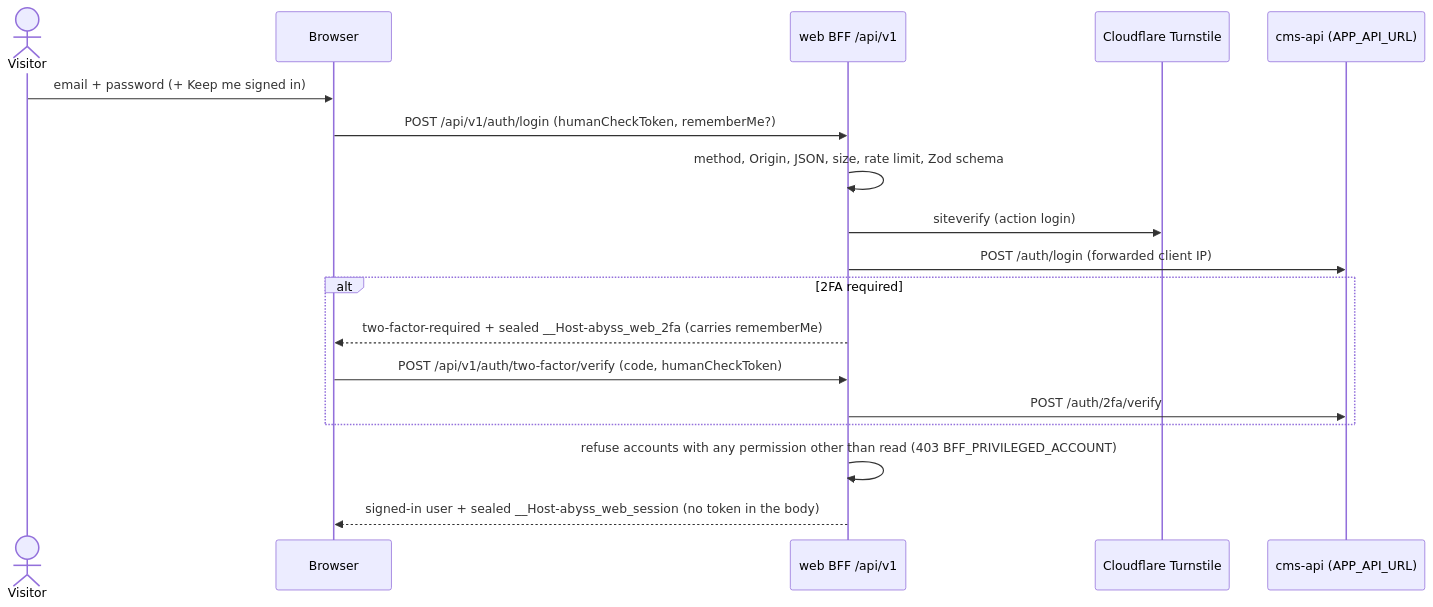
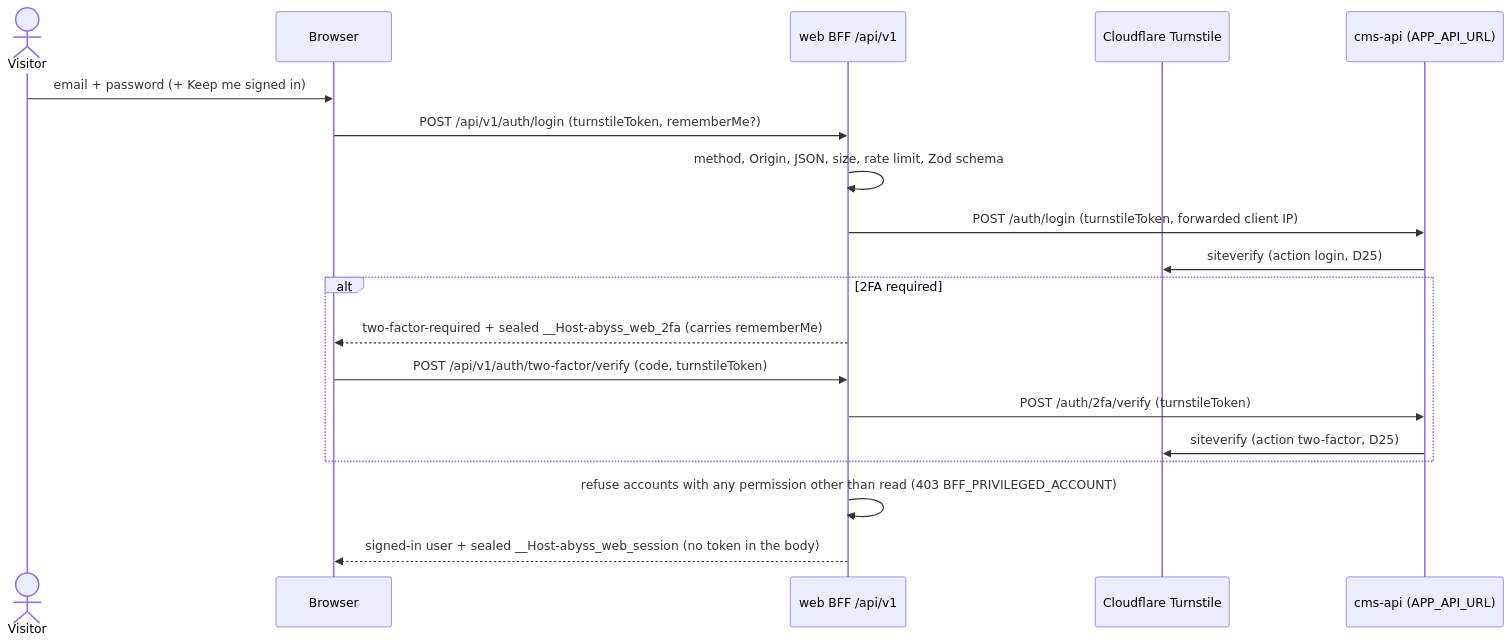
One commit to hungnh1812dev/project-me changed the fourth of 4 diagrams in docs/flows/sign-in/FLOW.md. Above: the diagram before and after it, drawn with Mermaid. The commit also changed other lines of this file and 15 other files, not shown here.

Commit message:
docs: update spec, flow, global and module docs

````diff
--- a/docs/flows/sign-in/FLOW.md
+++ b/docs/flows/sign-in/FLOW.md
@@ -120,20 +120,21 @@
 ```mermaid
 sequenceDiagram
   actor U as Visitor
   participant B as Browser
   participant F as web BFF /api/v1
   participant T as Cloudflare Turnstile
   participant API as cms-api (APP_API_URL)
   U->>B: email + password (+ Keep me signed in)
-  B->>F: POST /api/v1/auth/login (humanCheckToken, rememberMe?)
+  B->>F: POST /api/v1/auth/login (turnstileToken, rememberMe?)
   F->>F: method, Origin, JSON, size, rate limit, Zod schema
-  F->>T: siteverify (action login)
-  F->>API: POST /auth/login (forwarded client IP)
+  F->>API: POST /auth/login (turnstileToken, forwarded client IP)
+  API->>T: siteverify (action login, D25)
   alt 2FA required
     F-->>B: two-factor-required + sealed __Host-abyss_web_2fa (carries rememberMe)
-    B->>F: POST /api/v1/auth/two-factor/verify (code, humanCheckToken)
-    F->>API: POST /auth/2fa/verify
+    B->>F: POST /api/v1/auth/two-factor/verify (code, turnstileToken)
+    F->>API: POST /auth/2fa/verify (turnstileToken)
+    API->>T: siteverify (action two-factor, D25)
   end
   F->>F: refuse accounts with any permission other than read (403 BFF_PRIVILEGED_ACCOUNT)
   F-->>B: signed-in user + sealed __Host-abyss_web_session (no token in the body)
 ```
````
